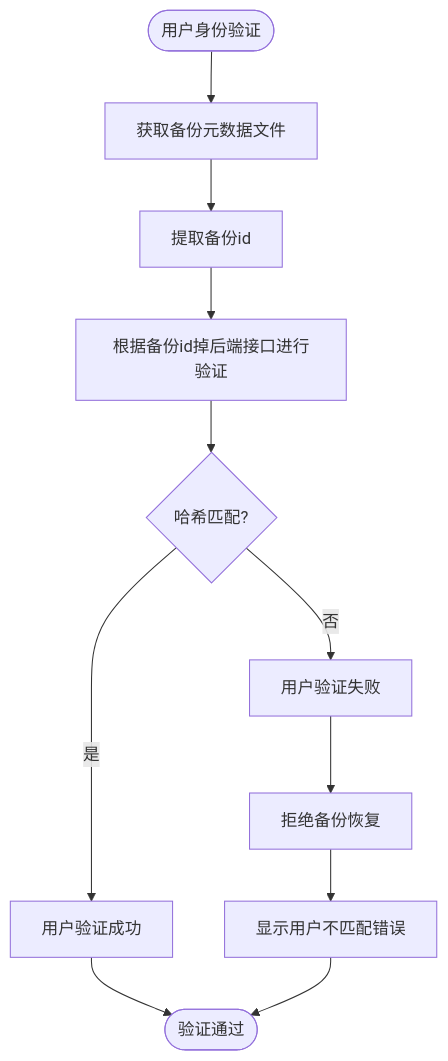
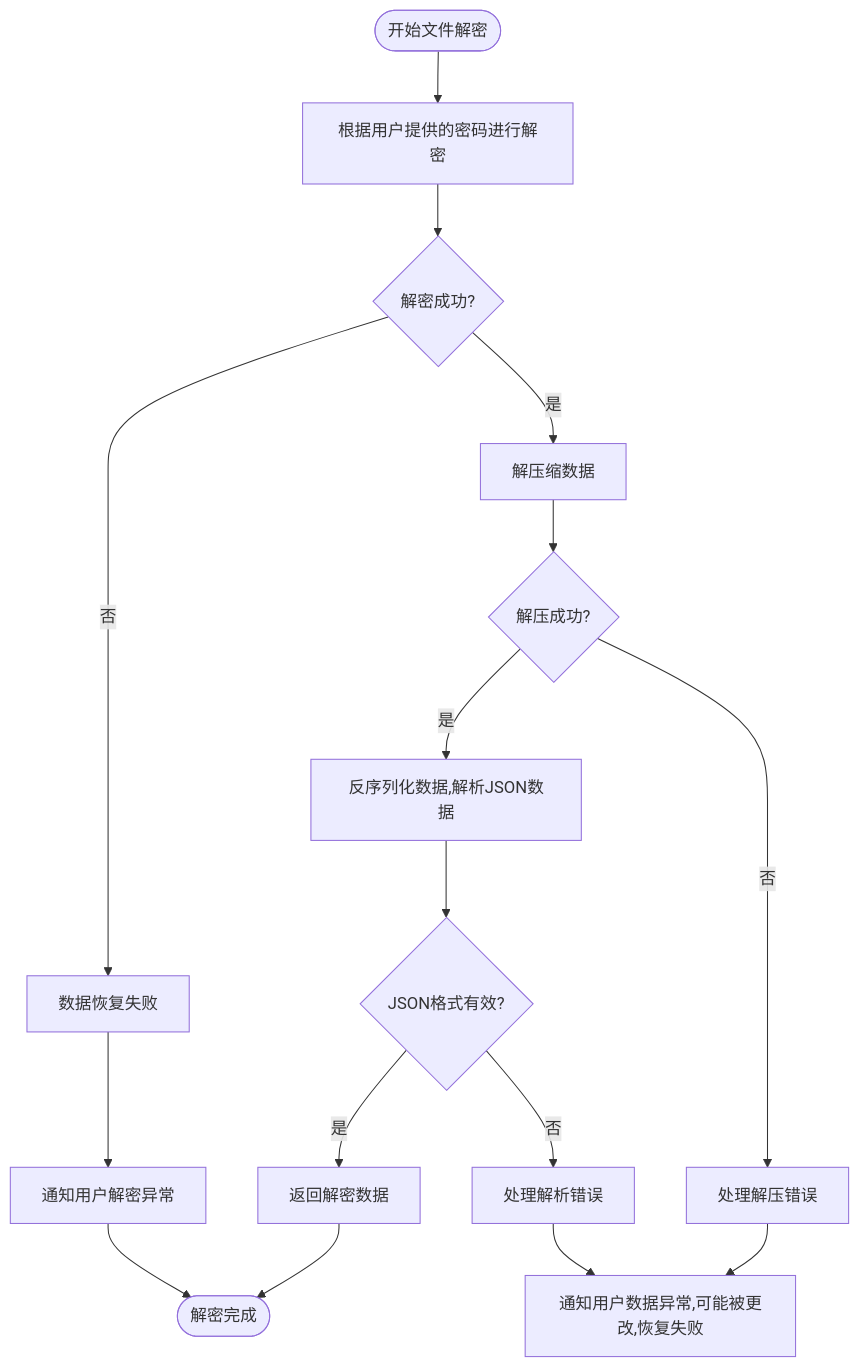
Before and after one commit to yingjianzh/iodraw-files: the diagram in all/未命名-60.md, drawn with Mermaid.

Commit message:
2025-05-15 15:13:55 update

````diff
--- a/all/未命名-60.md
+++ b/all/未命名-60.md
@@ -1,18 +1,27 @@
 ```mermaid
 
+
 flowchart TD
-    Start([用户身份验证]) --> DecryptMetadata[获取备份元数据文件]
-    DecryptMetadata --> ExtractUserHash[提取备份id]
-    ExtractUserHash --> GetCurrentUser[根据备份id掉后端接口进行验证]
+    Start([开始文件解密]) --> ReadFile[根据用户提供的密码进行解密]
+    ReadFile --> DecryptionSuccess{解密成功?}
     
-    GetCurrentUser -->  HashMatch{哈希匹配?}
-    HashMatch -->|是| VerifySuccess[用户验证成功]
-    HashMatch -->|否| VerifyFailure[用户验证失败]
+    DecryptionSuccess -->|否| A[数据恢复失败]
+    DecryptionSuccess -->|是| DecompressData[解压缩数据]
     
-    VerifySuccess --> End([验证通过])
-    VerifyFailure --> RejectBackup[拒绝备份恢复]
-    RejectBackup --> ShowUserError[显示用户不匹配错误]
+    DecompressData --> DecompressionSuccess{解压成功?}
+    DecompressionSuccess -->|否| HandleDecompressError[处理解压错误]
+    DecompressionSuccess -->|是| ParseJSON[反序列化数据,解析JSON数据]
     
-    ShowUserError --> End
+    ParseJSON --> JSONValid{JSON格式有效?}
+    JSONValid -->|否| HandleParseError[处理解析错误]
+    JSONValid -->|是| ReturnDecryptedData[返回解密数据]
+    
+    ReturnDecryptedData --> End([解密完成])
+    
+    HandleDecompressError --> LogError[通知用户数据异常,可能被更改,恢复失败]
+    HandleParseError --> LogError
+    
+    A --> ThrowException[通知用户解密异常]
+    ThrowException --> End
 
 ```
````
